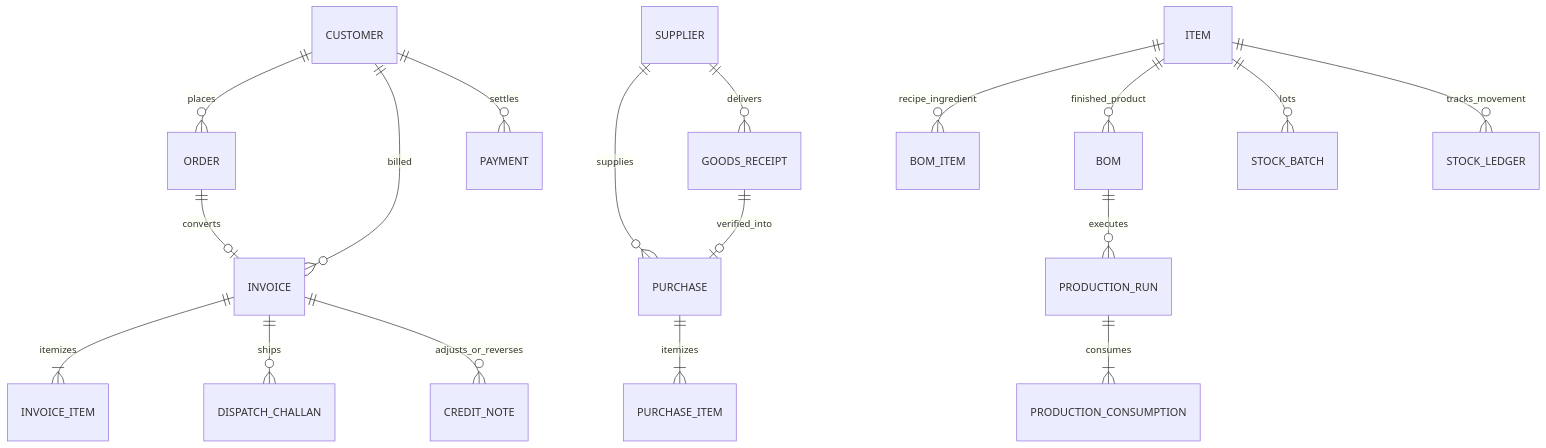
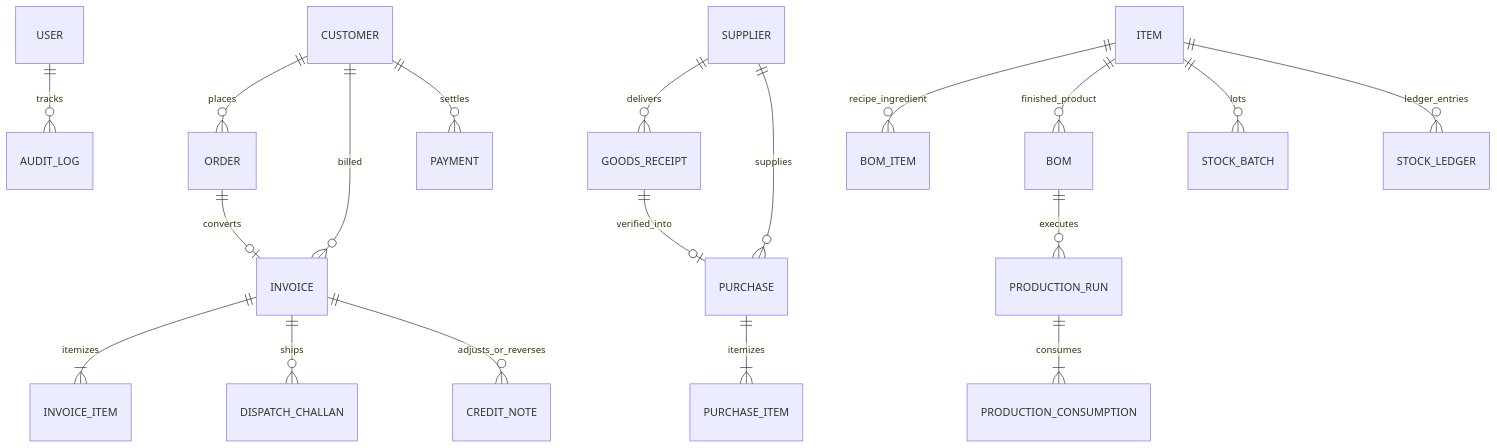
Before and after one commit to RohithRV2006/Nittin: the diagram in docs/DESIGN_NOTE.md, drawn with Mermaid. The commit also changed other lines of this file and 6 other files, not shown here.

````diff
--- a/docs/DESIGN_NOTE.md
+++ b/docs/DESIGN_NOTE.md
@@ -13,20 +23,21 @@
 ```mermaid
 erDiagram
+    USER ||--o{ AUDIT_LOG : tracks
     CUSTOMER ||--o{ ORDER : places
     CUSTOMER ||--o{ INVOICE : billed
     CUSTOMER ||--o{ PAYMENT : settles
+    SUPPLIER ||--o{ GOODS_RECEIPT : delivers
     SUPPLIER ||--o{ PURCHASE : supplies
-    SUPPLIER ||--o{ GOODS_RECEIPT : delivers
     GOODS_RECEIPT ||--o| PURCHASE : verified_into
     PURCHASE ||--|{ PURCHASE_ITEM : itemizes
     ORDER ||--o| INVOICE : converts
     INVOICE ||--|{ INVOICE_ITEM : itemizes
     INVOICE ||--o{ DISPATCH_CHALLAN : ships
     INVOICE ||--o{ CREDIT_NOTE : adjusts_or_reverses
     ITEM ||--o{ BOM_ITEM : recipe_ingredient
     ITEM ||--o{ BOM : finished_product
     BOM ||--o{ PRODUCTION_RUN : executes
     PRODUCTION_RUN ||--|{ PRODUCTION_CONSUMPTION : consumes
     ITEM ||--o{ STOCK_BATCH : lots
-    ITEM ||--o{ STOCK_LEDGER : tracks_movement
+    ITEM ||--o{ STOCK_LEDGER : ledger_entries
 ```
````
